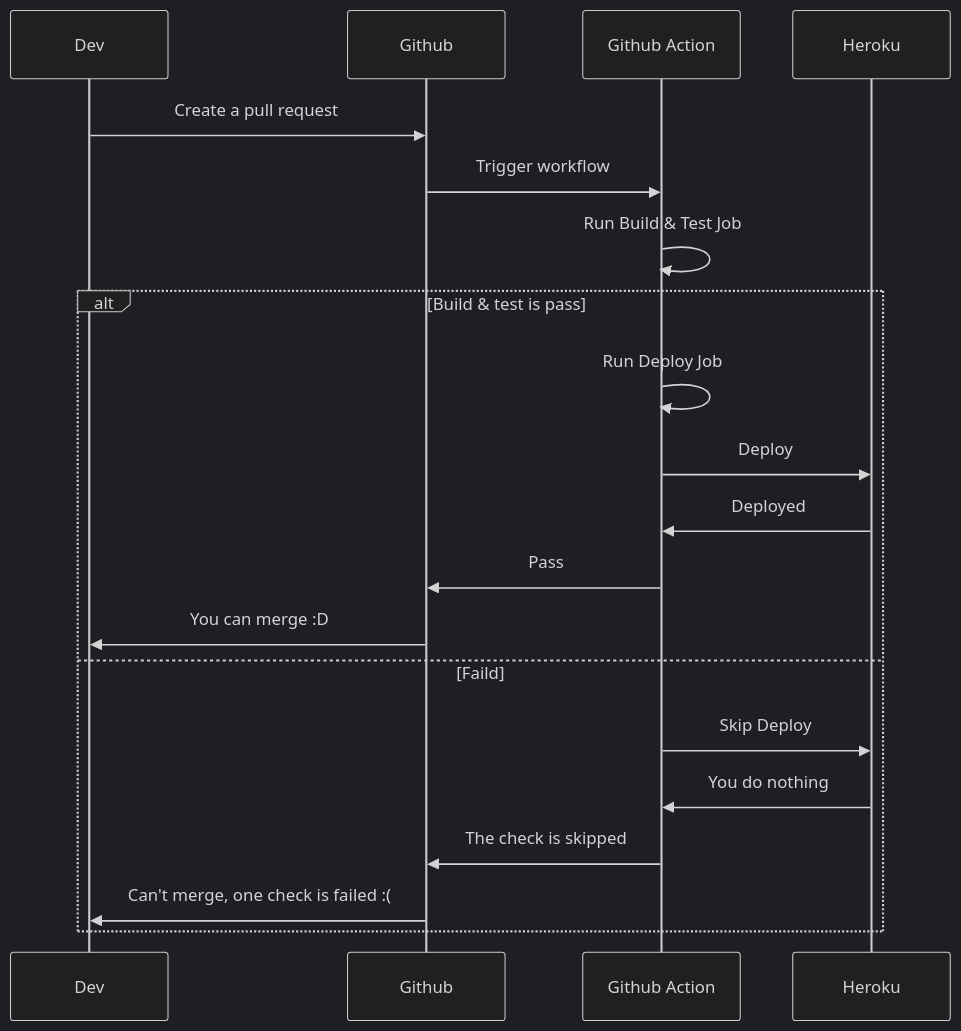
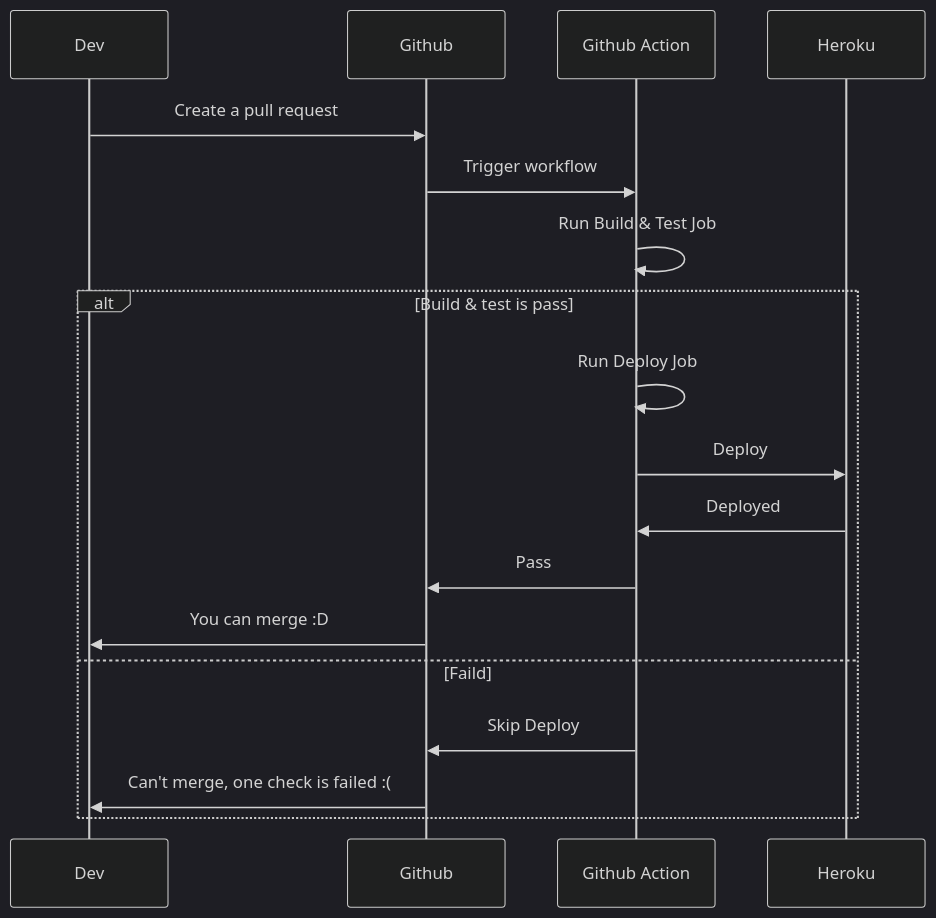
One commit to Learning-hands-on-repository/github_action_101 changed the second of 2 diagrams in README.md. Above: the diagram before and after it, drawn with Mermaid (dark theme). The commit also changed other lines of this file, not shown here.

````diff
--- a/README.md
+++ b/README.md
@@ -21,18 +21,16 @@
 ```mermaid
 sequenceDiagram
     Dev->>Github: Create a pull request
     Github->>Github Action: Trigger workflow
     Github Action->>Github Action: Run Build & Test Job
     alt Build & test is pass
         Github Action->>Github Action: Run Deploy Job
         Github Action->>Heroku: Deploy
         Heroku ->> Github Action: Deployed
         Github Action ->> Github: Pass
         Github ->> Dev: You can merge :D
     else Faild
-        Github Action->>Heroku: Skip Deploy
-        Heroku ->> Github Action: You do nothing
-        Github Action ->> Github: The check is skipped
+        Github Action->>Github: Skip Deploy
         Github ->> Dev: Can't merge, one check is failed :(
     end
 ```
````
